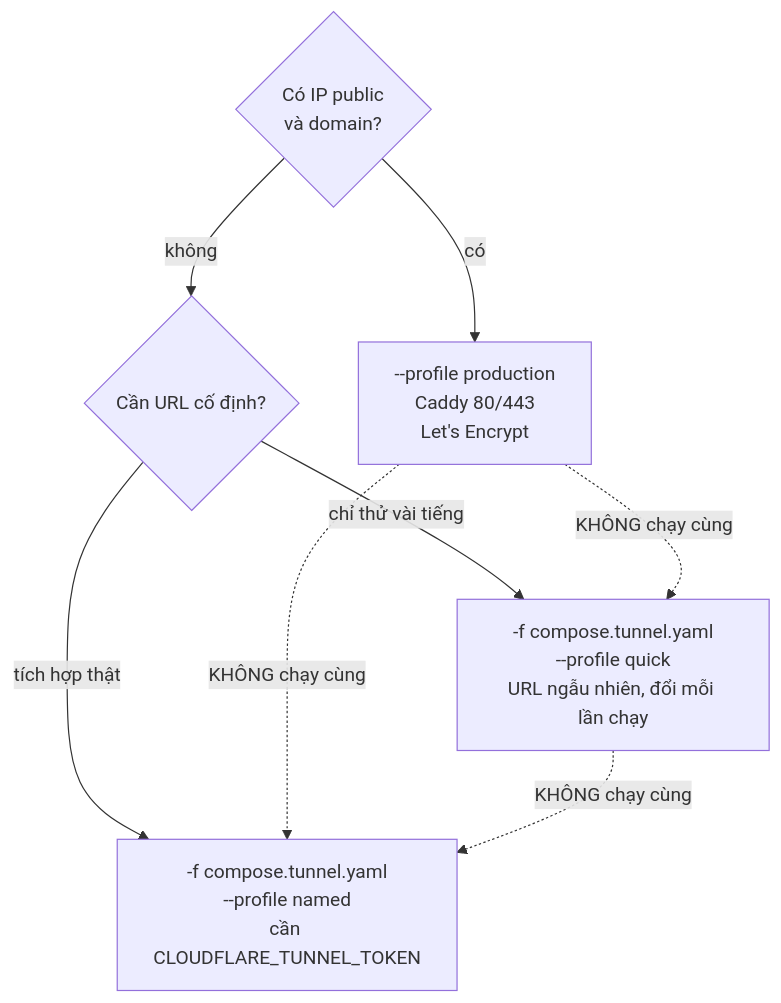
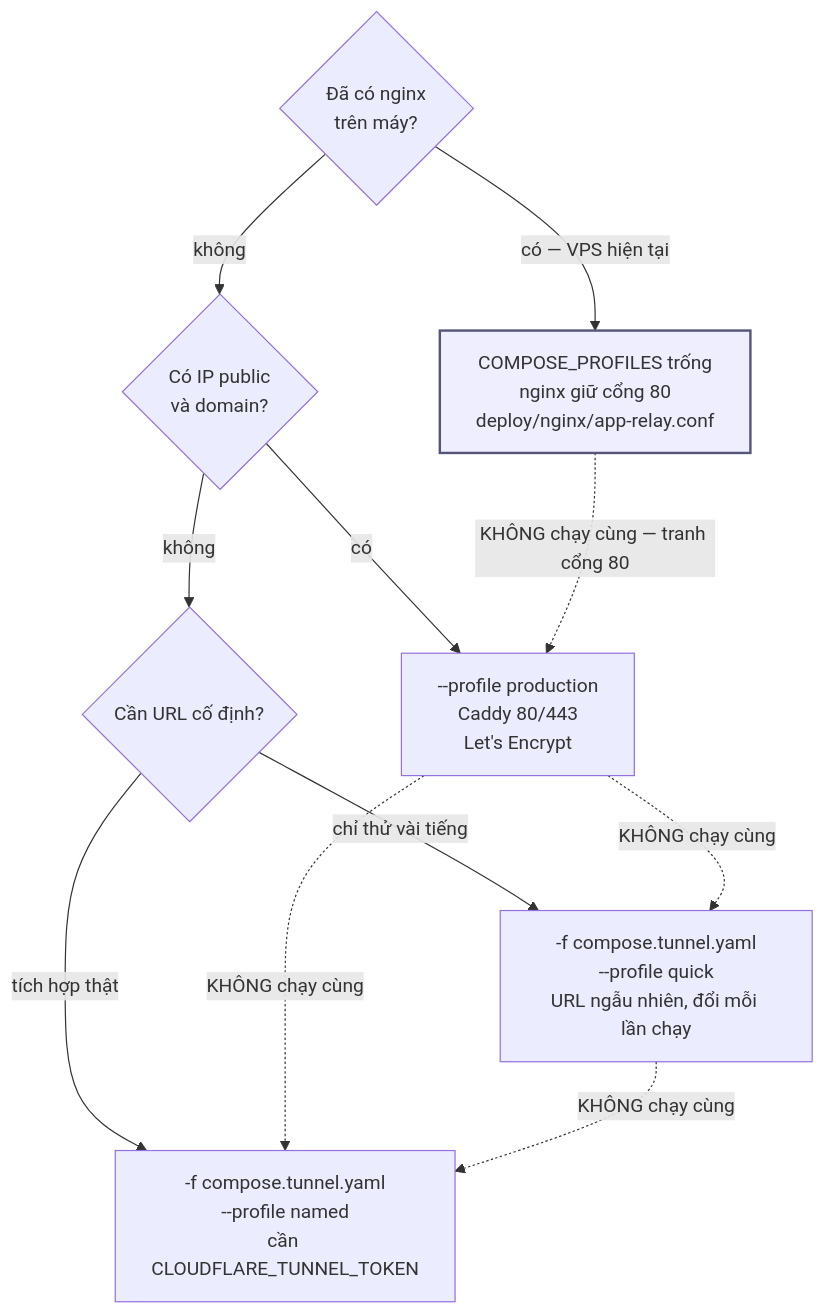
One commit to daclong120-del/app-relay changed the first of 2 diagrams in docs/environment.md. Above: the diagram before and after it, drawn with Mermaid. The commit also changed other lines of this file and 9 other files, not shown here.

````diff
--- a/docs/environment.md
+++ b/docs/environment.md
@@ -123,12 +134,18 @@
 ```mermaid
 flowchart TD
-    Q{"Có IP public<br/>và domain?"}
-    Q -->|"có"| CADDY["--profile production<br/>Caddy 80/443<br/>Let's Encrypt"]
-    Q -->|"không"| T{"Cần URL cố định?"}
+    Q{"Đã có nginx<br/>trên máy?"}
+    Q -->|"có — VPS hiện tại"| NGINX["COMPOSE_PROFILES trống<br/>nginx giữ cổng 80<br/>deploy/nginx/app-relay.conf"]
+    Q -->|"không"| Q2{"Có IP public<br/>và domain?"}
+    Q2 -->|"có"| CADDY["--profile production<br/>Caddy 80/443<br/>Let's Encrypt"]
+    Q2 -->|"không"| T{"Cần URL cố định?"}
     T -->|"chỉ thử vài tiếng"| QUICK["-f compose.tunnel.yaml<br/>--profile quick<br/>URL ngẫu nhiên, đổi mỗi lần chạy"]
     T -->|"tích hợp thật"| NAMED["-f compose.tunnel.yaml<br/>--profile named<br/>cần CLOUDFLARE_TUNNEL_TOKEN"]
 
+    NGINX -.->|"KHÔNG chạy cùng — tranh cổng 80"| CADDY
     CADDY -.->|"KHÔNG chạy cùng"| QUICK
     CADDY -.->|"KHÔNG chạy cùng"| NAMED
     QUICK -.->|"KHÔNG chạy cùng"| NAMED
+
+    classDef now fill:#eef,stroke:#557,stroke-width:2px
+    class NGINX now
 ```
````
